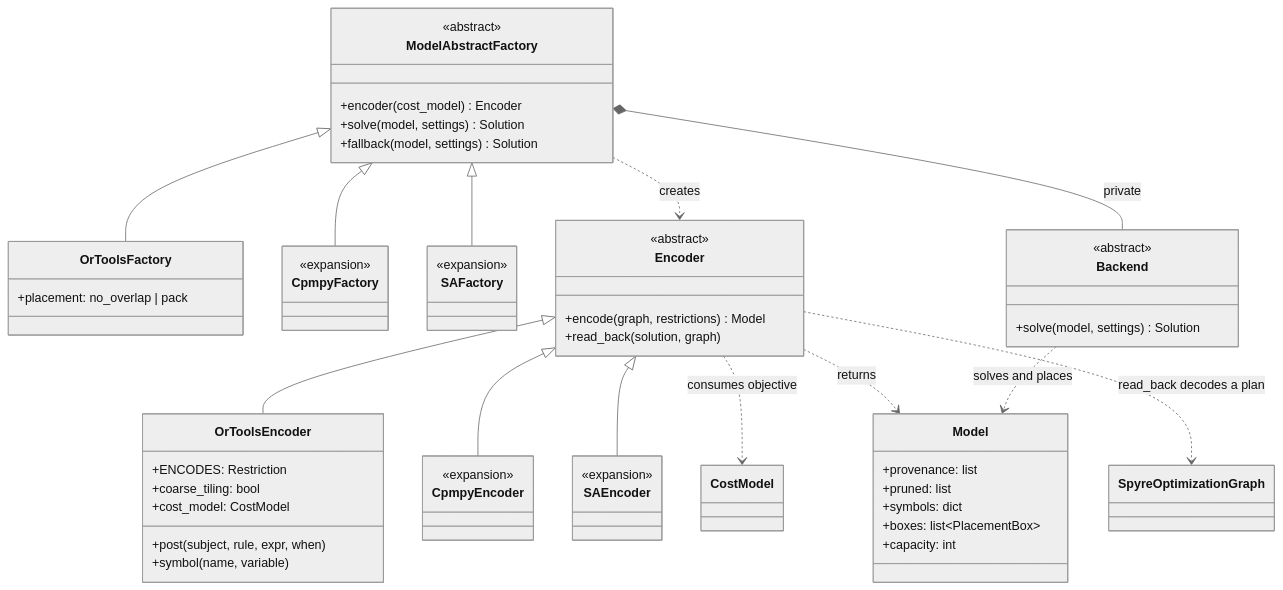
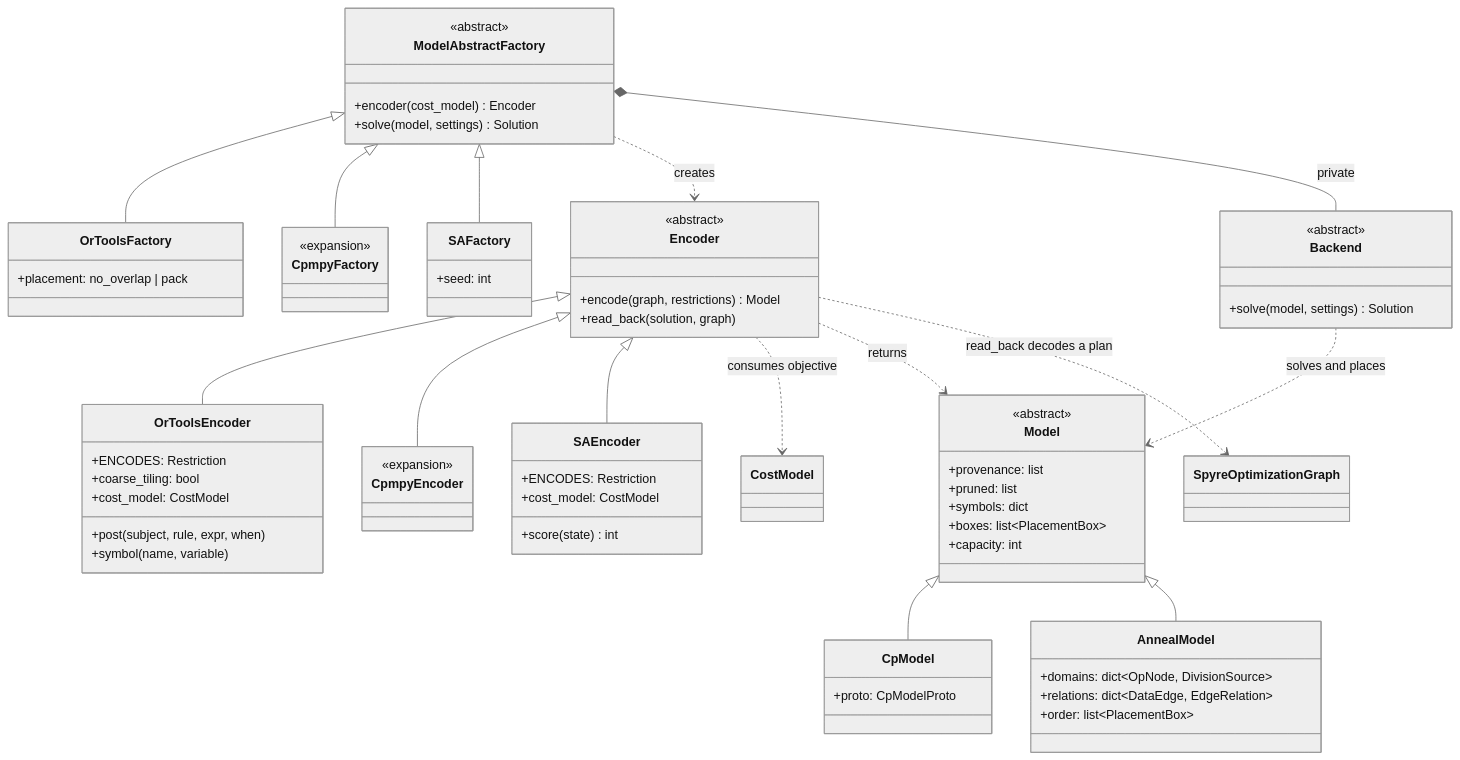
Before and after one commit to spectre-ns/spyre-roadmap: the fourth of 5 diagrams in plans/lx-allocator.md, drawn with Mermaid (neutral theme). The commit also changed other lines of this file, not shown here.

First line of the commit message:
Add the SA family with its own anneal model to the LX allocator plan

````diff
--- a/plans/lx-allocator.md
+++ b/plans/lx-allocator.md
@@ -279,64 +282,76 @@
 ```mermaid
 classDiagram
     direction TB
 
     class ModelAbstractFactory {
         <<abstract>>
         +encoder(cost_model) Encoder
         +solve(model, settings) Solution
-        +fallback(model, settings) Solution
     }
     class OrToolsFactory {
         +placement: no_overlap | pack
     }
     class CpmpyFactory {
         <<expansion>>
     }
     class SAFactory {
-        <<expansion>>
+        +seed: int
     }
     class Backend {
         <<abstract>>
         +solve(model, settings) Solution
     }
     class Encoder {
         <<abstract>>
         +encode(graph, restrictions) Model
         +read_back(solution, graph)
     }
     class OrToolsEncoder {
         +ENCODES: Restriction
         +coarse_tiling: bool
         +cost_model: CostModel
         +post(subject, rule, expr, when)
         +symbol(name, variable)
     }
     class CpmpyEncoder {
         <<expansion>>
     }
     class SAEncoder {
-        <<expansion>>
+        +ENCODES: Restriction
+        +cost_model: CostModel
+        +score(state) int
     }
     class Model {
+        <<abstract>>
         +provenance: list
         +pruned: list
         +symbols: dict
         +boxes: list~PlacementBox~
         +capacity: int
+    }
+    class CpModel {
+        +proto: CpModelProto
+    }
+    class AnnealModel {
+        +domains: dict~OpNode, DivisionSource~
+        +relations: dict~DataEdge, EdgeRelation~
+        +order: list~PlacementBox~
     }
     class CostModel
     class SpyreOptimizationGraph
 
     ModelAbstractFactory <|-- OrToolsFactory
     ModelAbstractFactory <|-- CpmpyFactory
     ModelAbstractFactory <|-- SAFactory
     ModelAbstractFactory ..> Encoder : creates
     ModelAbstractFactory *-- Backend : private
     Encoder <|-- OrToolsEncoder
     Encoder <|-- CpmpyEncoder
     Encoder <|-- SAEncoder
     Encoder ..> CostModel : consumes objective
     Encoder ..> Model : returns
+    Model <|-- CpModel
+    Model <|-- AnnealModel
     Encoder ..> SpyreOptimizationGraph : read_back decodes a plan
     Backend ..> Model : solves and places
 ```
````
